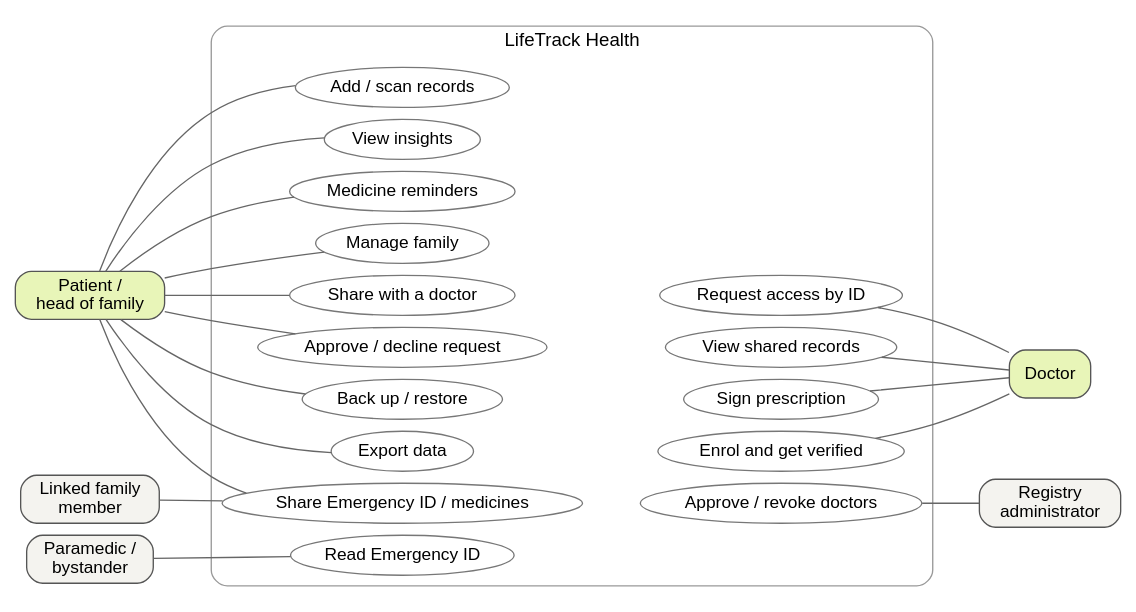
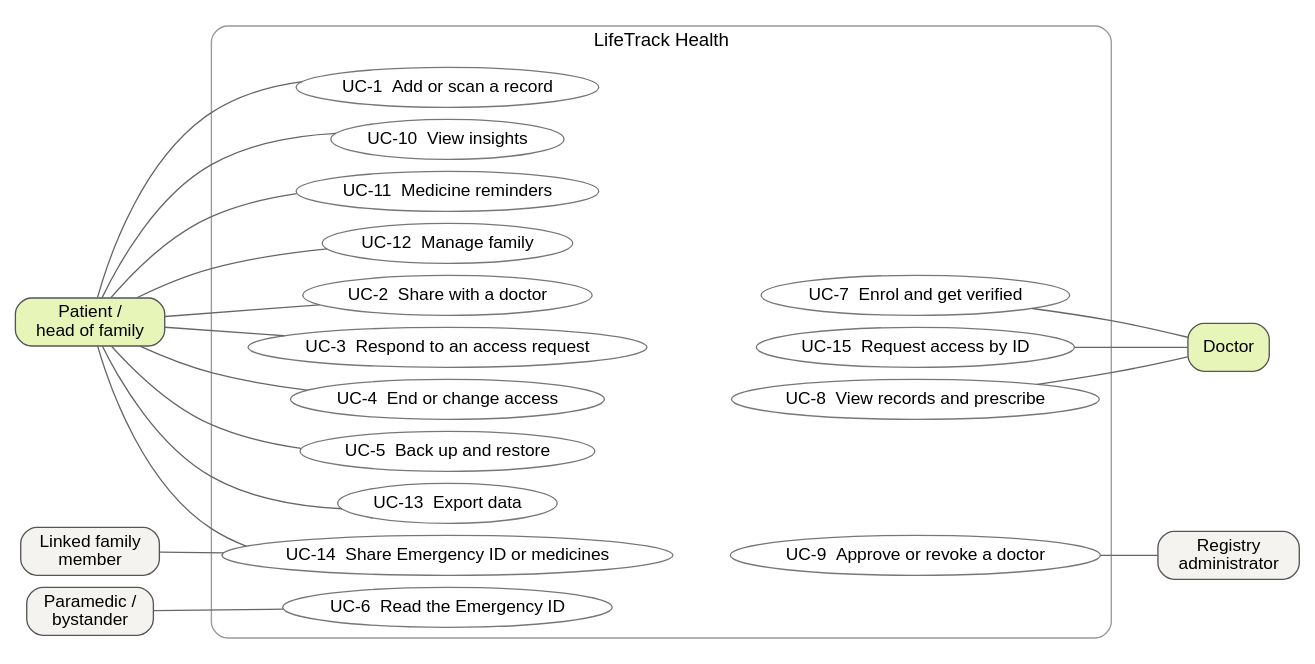
Before and after one commit to anishraj2347-gif/lifetrack-health: the diagram in docs/report/fig/usecase.dot, drawn with Graphviz. The commit also changed 43 other files, not shown here.

```diff
--- a/docs/report/fig/usecase.dot
+++ b/docs/report/fig/usecase.dot
@@ -1,19 +1,21 @@
 digraph G { rankdir=LR; bgcolor=white; fontname="Helvetica"; nodesep=0.12; ranksep=0.6; newrank=true;
 node[fontname="Helvetica",fontsize=13]; edge[color="#666666",arrowhead=none];
 node[shape=box,style="rounded,filled",color="#555555",fillcolor="#F4F3EF"];
 pat[label="Patient /\nhead of family",fillcolor="#E8F5B8"]; fam[label="Linked family\nmember"]; para[label="Paramedic /\nbystander"];
 doc[label="Doctor",fillcolor="#E8F5B8"]; adm[label="Registry\nadministrator"];
 subgraph cluster_s { label="LifeTrack Health"; fontsize=14; style=rounded; color="#999999";
 node[shape=ellipse,style=filled,fillcolor="#FFFFFF",color="#777777",height=0.42,margin="0.08,0.02"];
-u1[label="Add / scan records"]; u2[label="View insights"]; u3[label="Medicine reminders"]; u4[label="Manage family"];
-u5[label="Share with a doctor"]; u6[label="Approve / decline request"]; u7[label="Back up / restore"]; u8[label="Export data"];
-u10[label="Share Emergency ID / medicines"]; u9[label="Read Emergency ID"];
-u11[label="Enrol and get verified"]; u12[label="Request access by ID"]; u13[label="View shared records"]; u14[label="Sign prescription"];
-u15[label="Approve / revoke doctors"];
-{rank=same; u1 u2 u3 u4 u5 u6 u7 u8 u10 u9}
-{rank=same; u12 u13 u14 u11 u15}
-u5 -> u12 [style=invis]; u6 -> u13 [style=invis]; u7 -> u14 [style=invis]; u8 -> u11 [style=invis]; u10 -> u15 [style=invis];
+// IDs and names are exactly those of Table 3.6 in the report.
+u1[label="UC-1  Add or scan a record"]; u10[label="UC-10  View insights"]; u11[label="UC-11  Medicine reminders"]; u12[label="UC-12  Manage family"];
+u2[label="UC-2  Share with a doctor"]; u3[label="UC-3  Respond to an access request"]; u4[label="UC-4  End or change access"];
+u5[label="UC-5  Back up and restore"]; u13[label="UC-13  Export data"];
+u14[label="UC-14  Share Emergency ID or medicines"]; u6[label="UC-6  Read the Emergency ID"];
+u7[label="UC-7  Enrol and get verified"]; u15[label="UC-15  Request access by ID"]; u8[label="UC-8  View records and prescribe"];
+u9[label="UC-9  Approve or revoke a doctor"];
+{rank=same; u1 u10 u11 u12 u2 u3 u4 u5 u13 u14 u6}
+{rank=same; u7 u15 u8 u9}
+u2 -> u7 [style=invis]; u3 -> u15 [style=invis]; u4 -> u8 [style=invis]; u14 -> u9 [style=invis];
 }
-pat -> {u1 u2 u3 u4 u5 u6 u7 u8 u10}; fam -> u10; para -> u9;
-{u11 u12 u13 u14} -> doc; u15 -> adm;
+pat -> {u1 u10 u11 u12 u2 u3 u4 u5 u13 u14}; fam -> u14; para -> u6;
+{u7 u15 u8} -> doc; u9 -> adm;
 }
```
